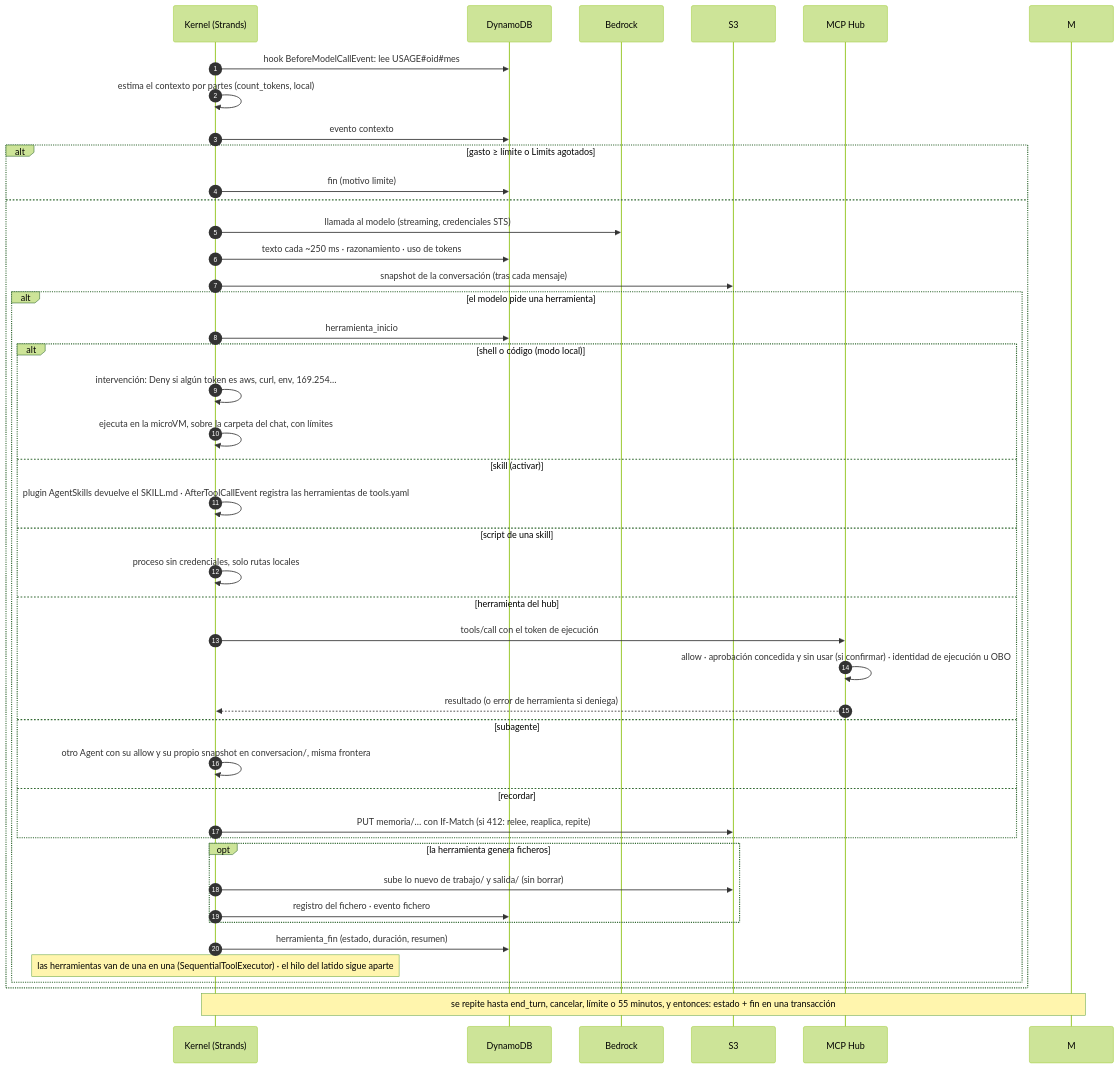
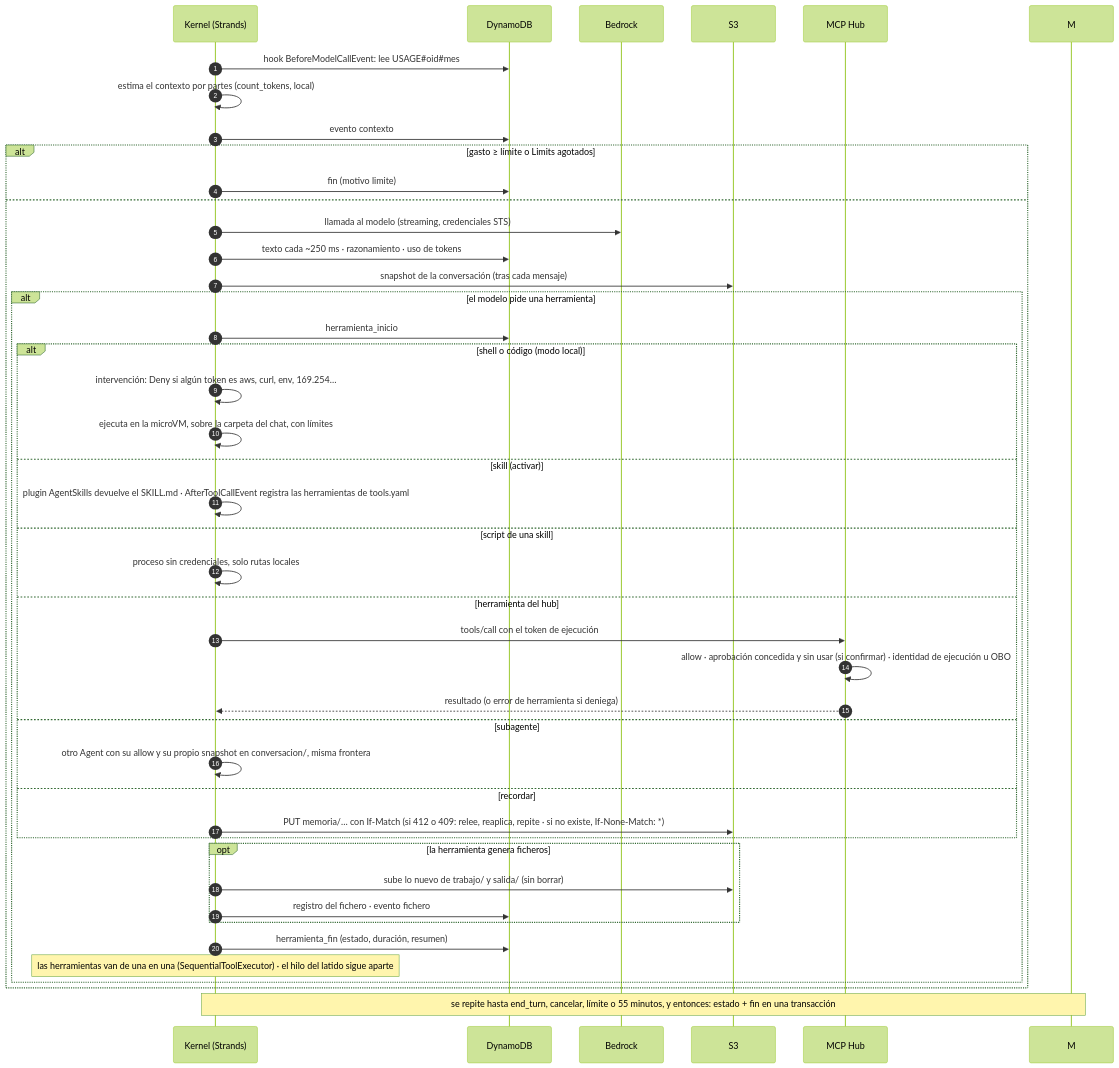
Before and after one commit to ikermendi/sample-agent-platform-with-agentcore: the third of 9 diagrams in docs/arquitectura-agentes.md, drawn with Mermaid (forest theme). The commit also changed other lines of this file, not shown here.

````diff
--- a/docs/arquitectura-agentes.md
+++ b/docs/arquitectura-agentes.md
@@ -412,46 +414,46 @@
 ```mermaid
 sequenceDiagram
   autonumber
   participant K as Kernel (Strands)
   participant D as DynamoDB
   participant B as Bedrock
   participant S3 as S3
   participant H as MCP Hub
 
   K->>D: hook BeforeModelCallEvent: lee USAGE#35;oid#35;mes
   K->>K: estima el contexto por partes (count_tokens, local)
   K->>D: evento contexto
   alt gasto ≥ límite o Limits agotados
     K->>D: fin (motivo limite)
   else
     K->>B: llamada al modelo (streaming, credenciales STS)
     K->>D: texto cada ~250 ms · razonamiento · uso de tokens
     K->>S3: snapshot de la conversación (tras cada mensaje)
     alt el modelo pide una herramienta
       K->>D: herramienta_inicio
       alt shell o código (modo local)
         K->>K: intervención: Deny si algún token es aws, curl, env, 169.254…
         K->>K: ejecuta en la microVM, sobre la carpeta del chat, con límites
       else skill (activar)
         K->>K: plugin AgentSkills devuelve el SKILL.md · AfterToolCallEvent registra las herramientas de tools.yaml
       else script de una skill
         K->>K: proceso sin credenciales, solo rutas locales
       else herramienta del hub
         K->>H: tools/call con el token de ejecución
         H->>H: allow · aprobación concedida y sin usar (si confirmar) · identidad de ejecución u OBO
         H-->>K: resultado (o error de herramienta si deniega)
       else subagente
         K->>K: otro Agent con su allow y su propio snapshot en conversacion/, misma frontera
       else recordar
-        K->>S3: PUT memoria/… con If-Match (si 412: relee, reaplica, repite)
+        K->>S3: PUT memoria/… con If-Match (si 412 o 409: relee, reaplica, repite · si no existe, If-None-Match: *)
       end
       opt la herramienta genera ficheros
         K->>S3: sube lo nuevo de trabajo/ y salida/ (sin borrar)
         K->>D: registro del fichero · evento fichero
       end
       K->>D: herramienta_fin (estado, duración, resumen)
       Note over K: las herramientas van de una en una (SequentialToolExecutor) · el hilo del latido sigue aparte
     end
   end
   Note over K,M: se repite hasta end_turn, cancelar, límite o 55 minutos, y entonces: estado + fin en una transacción
 ```
````
